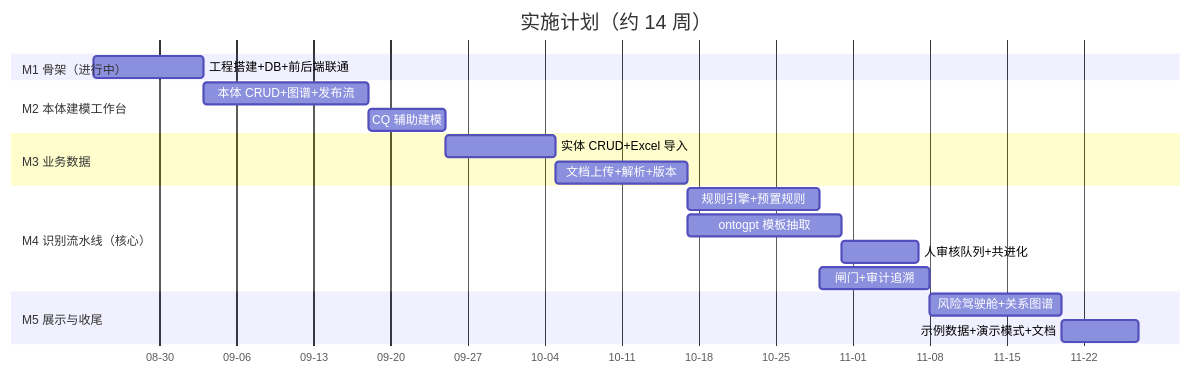
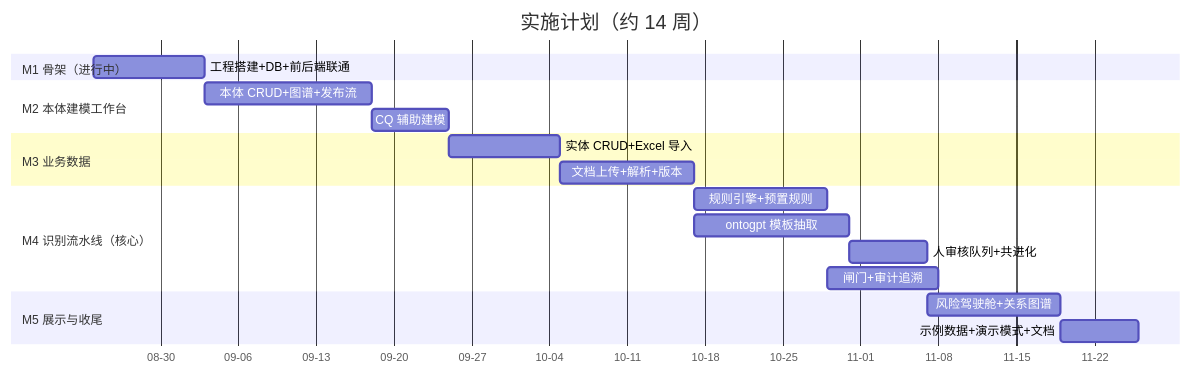
Diagram 16 of 16 in Ontology/方案/项目风险管控工具设计方案-v1.0.md (sealzrt/2026-08--agent), drawn with Mermaid before and after one commit. The commit also changed other lines of this file, not shown here.

````diff
--- a/Ontology/方案/项目风险管控工具设计方案-v1.0.md
+++ b/Ontology/方案/项目风险管控工具设计方案-v1.0.md
@@ -666,22 +664,22 @@
 ```mermaid
 gantt
     title 实施计划（约 14 周）
     dateFormat  YYYY-MM-DD
     axisFormat  %m-%d
     section M1 骨架（进行中）
     工程搭建+DB+前后端联通      :m1, 2026-08-24, 10d
     section M2 本体建模工作台
     本体 CRUD+图谱+发布流       :m2, after m1, 15d
     CQ 辅助建模                 :m2b, after m2, 7d
     section M3 业务数据
     实体 CRUD+Excel 导入        :m3a, after m2b, 10d
     文档上传+解析+版本          :m3b, after m3a, 12d
     section M4 识别流水线（核心）
     规则引擎+预置规则           :m4a, after m3b, 12d
     ontogpt 模板抽取            :m4b, after m3b, 14d
     人审核队列+共进化           :m4c, after m4b, 7d
     闸门+审计追溯               :m4d, after m4a, 10d
     section M5 展示与收尾
-    风险驾驶舱+关系图谱         :m5, after m4d, 12d
+    风险驾驶舱+关系图谱         :m5, after m4c, 12d
     示例数据+演示模式+文档      :m6, after m5, 7d
 ```
````
